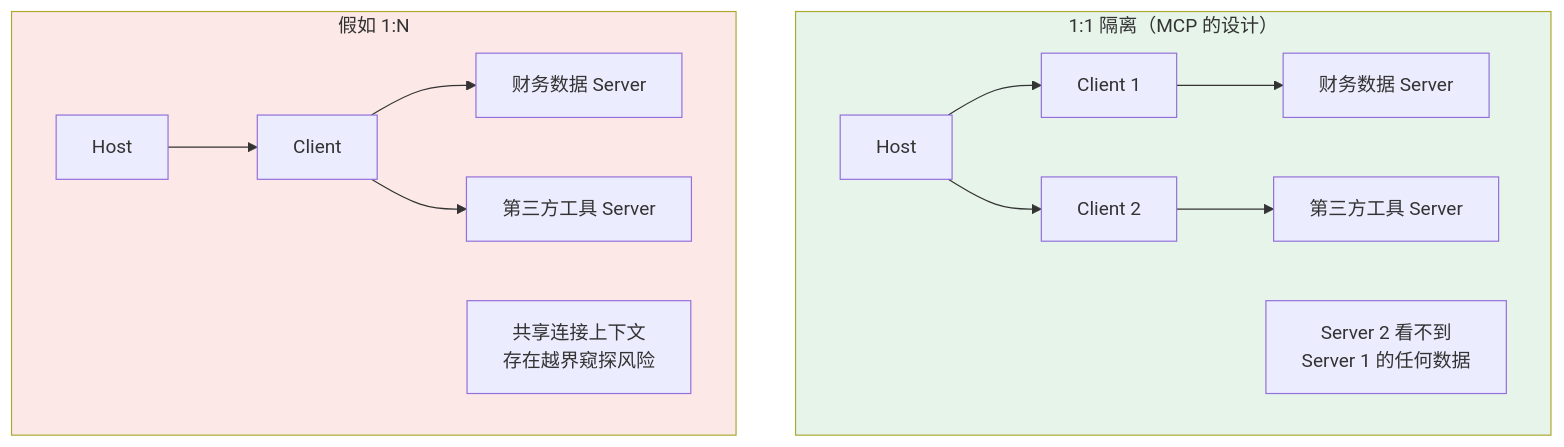
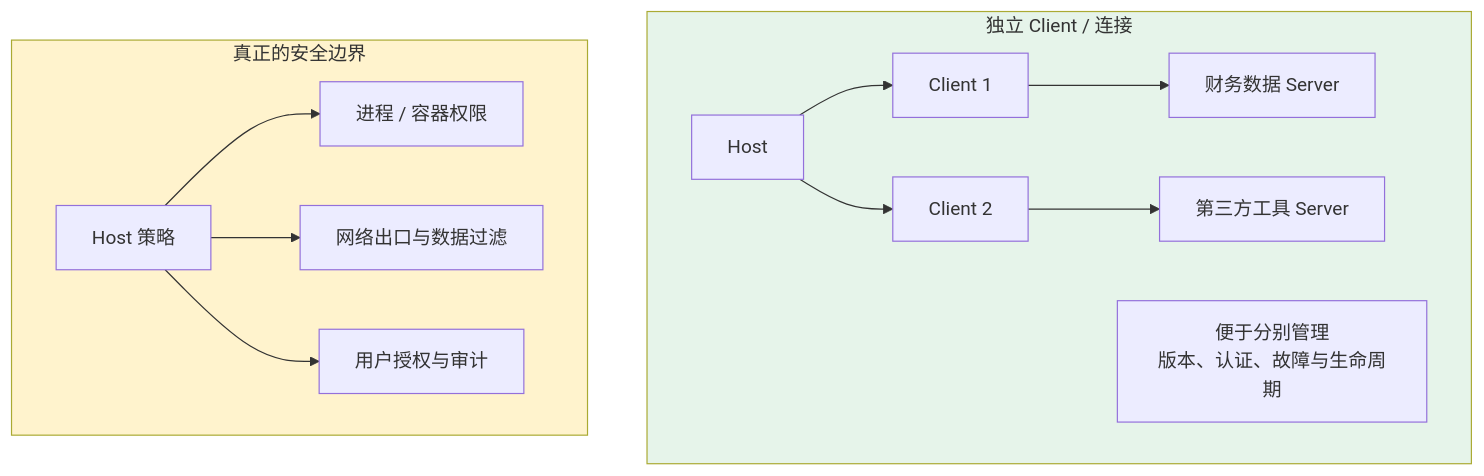
One commit to oneleaveknowsthefall/awesome-ai-roadmap changed the second of 5 diagrams in docs/tools/05-mcp-components.md. Above: the diagram before and after it, drawn with Mermaid. The commit also changed other lines of this file and 77 other files, not shown here.

Commit message:
docs: audit and modernize the AI roadmap

````diff
--- a/docs/tools/05-mcp-components.md
+++ b/docs/tools/05-mcp-components.md
@@ -44,17 +44,17 @@
 ```mermaid
 flowchart TB
-    subgraph GOOD["1:1 隔离（MCP 的设计）"]
+    subgraph GOOD["独立 Client / 连接"]
         H1[Host] --> C1[Client 1] --> S1[财务数据 Server]
         H1 --> C2[Client 2] --> S2[第三方工具 Server]
-        NOTE1["Server 2 看不到<br/>Server 1 的任何数据"]
+        NOTE1["便于分别管理<br/>版本、认证、故障与生命周期"]
     end
 
-    subgraph BAD["假如 1:N"]
-        H2[Host] --> C3[Client] --> S3[财务数据 Server]
-        C3 --> S4[第三方工具 Server]
-        NOTE2["共享连接上下文<br/>存在越界窥探风险"]
+    subgraph BOUNDARY["真正的安全边界"]
+        P["Host 策略"] --> R["进程 / 容器权限"]
+        P --> N["网络出口与数据过滤"]
+        P --> A["用户授权与审计"]
     end
 
     style GOOD fill:#e6f4ea
-    style BAD fill:#fce8e6
+    style BOUNDARY fill:#fff3cd
 ```
````
